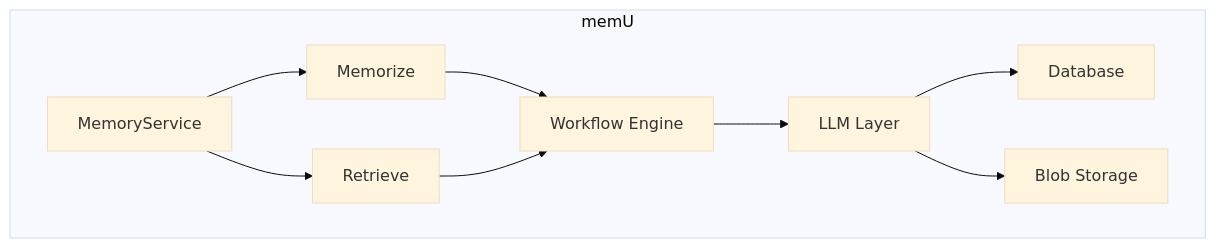
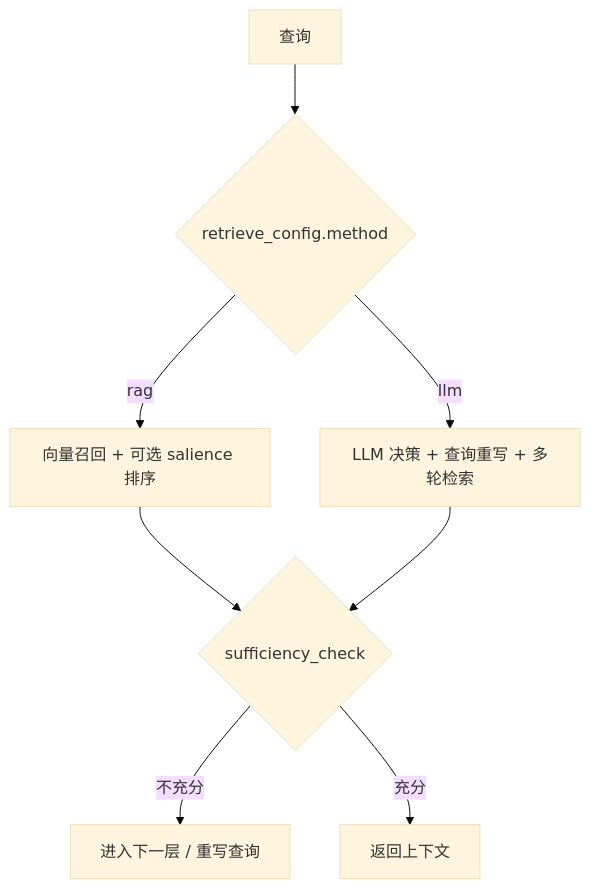
One commit to caicongyang/bloger changed the third of 6 diagrams in memU-analysis/analysis-07-comparison.md. Above: the diagram before and after it, drawn with Mermaid (base theme). The commit also changed other lines of this file and 10 other files, not shown here.

````diff
--- a/memU-analysis/analysis-07-comparison.md
+++ b/memU-analysis/analysis-07-comparison.md
@@ -20,20 +83,10 @@
 ```mermaid
-graph TB
-    subgraph "memU"
-        S[MemoryService]
-        M[Memorize]
-        R[Retrieve]
-        W[Workflow Engine]
-        L[LLM Layer]
-        D[Database]
-        B[Blob Storage]
-    end
-    
-    S --> M
-    S --> R
-    M --> W
-    R --> W
-    W --> L
-    L --> D
-    L --> B
+flowchart TB
+    Q[查询] --> M{retrieve_config.method}
+    M -->|rag| RAG[向量召回 + 可选 salience 排序]
+    M -->|llm| LLM[LLM 决策 + 查询重写 + 多轮检索]
+    RAG --> S{sufficiency_check}
+    LLM --> S
+    S -->|不充分| Deeper[进入下一层 / 重写查询]
+    S -->|充分| Out[返回上下文]
 ```
````
